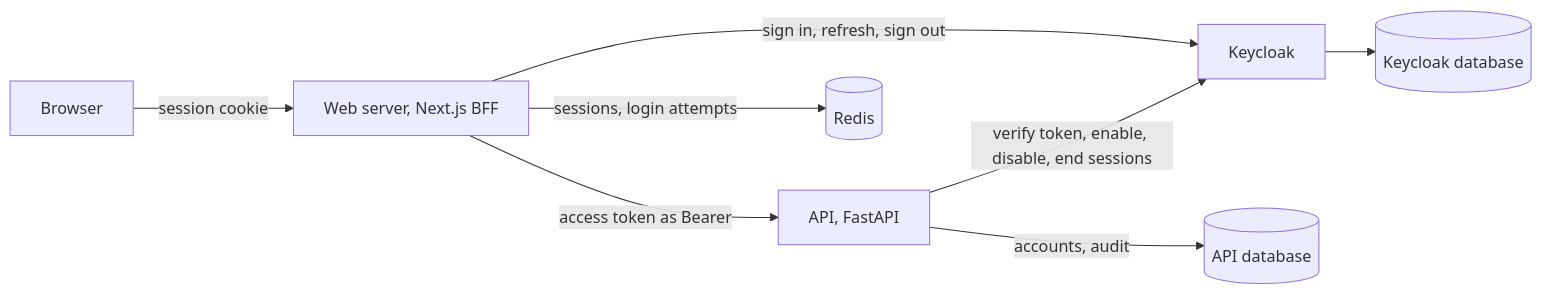
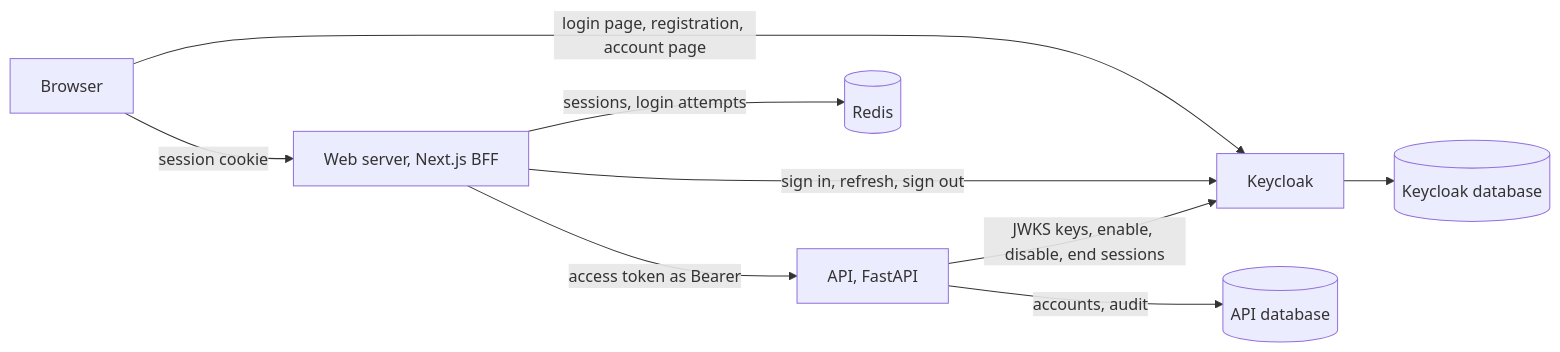
The second of 4 diagrams in docs/architecture.md (Thommans-Playground/playground-keycloak), drawn with Mermaid before and after one commit. The commit also changed other lines of this file, not shown here.

First line of the commit message:
docs(architecture): settle the review findings

````diff
--- a/docs/architecture.md
+++ b/docs/architecture.md
@@ -25,10 +25,11 @@
 ```mermaid
 flowchart LR
     browser[Browser] -->|session cookie| web[Web server, Next.js BFF]
-    web -->|sign in, refresh, sign out| keycloak[Keycloak]
+    browser -->|login page, registration, account page| keycloak[Keycloak]
+    web -->|sign in, refresh, sign out| keycloak
     web -->|access token as Bearer| api[API, FastAPI]
     web -->|sessions, login attempts| redis[(Redis)]
-    api -->|verify token, enable, disable, end sessions| keycloak
+    api -->|JWKS keys, enable, disable, end sessions| keycloak
     api -->|accounts, audit| apidb[(API database)]
     keycloak --> kcdb[(Keycloak database)]
 ```
````
